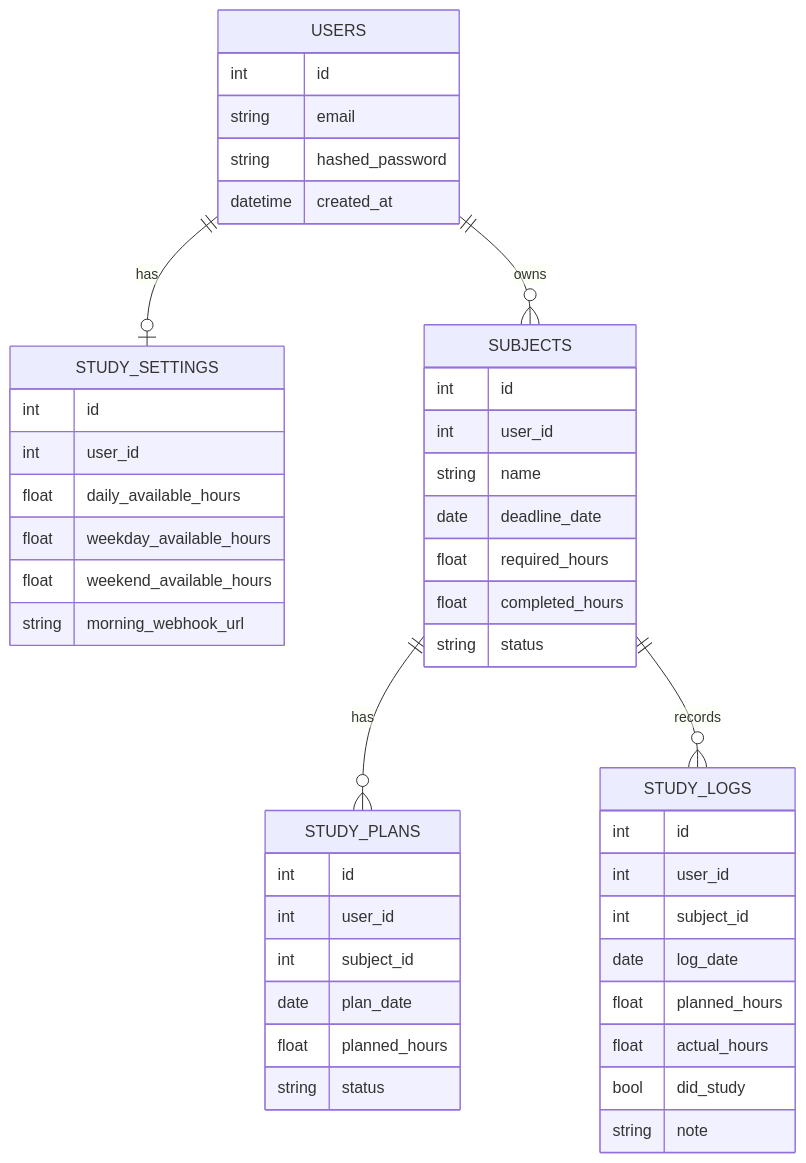
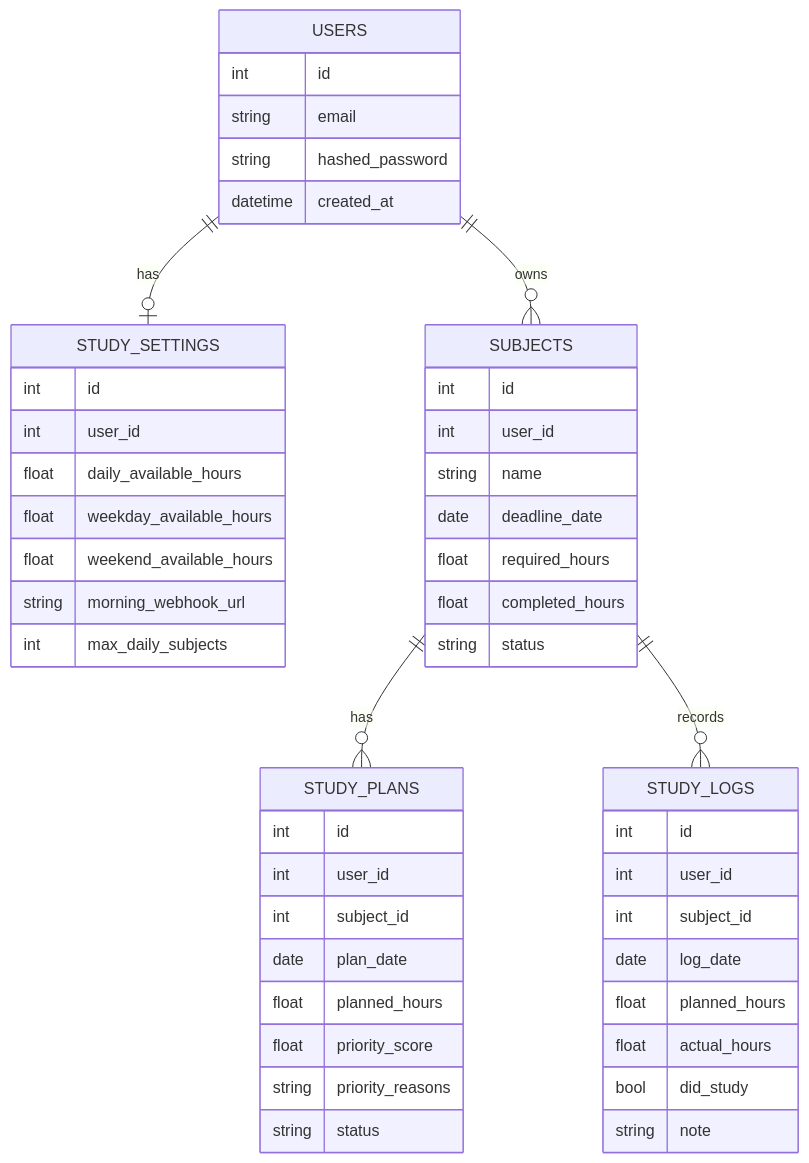
One commit to yuina368/ScheduleSystemAI changed the third of 3 diagrams in README.md. Above: the diagram before and after it, drawn with Mermaid. The commit also changed other lines of this file and 12 other files, not shown here.

Commit message:
Limit daily subjects with priority scoring

````diff
--- a/README.md
+++ b/README.md
@@ -112,53 +116,56 @@
 ```mermaid
 erDiagram
   USERS ||--o| STUDY_SETTINGS : has
   USERS ||--o{ SUBJECTS : owns
   SUBJECTS ||--o{ STUDY_PLANS : has
   SUBJECTS ||--o{ STUDY_LOGS : records
 
   USERS {
     int id
     string email
     string hashed_password
     datetime created_at
   }
 
   STUDY_SETTINGS {
     int id
     int user_id
     float daily_available_hours
     float weekday_available_hours
     float weekend_available_hours
     string morning_webhook_url
+    int max_daily_subjects
   }
 
   SUBJECTS {
     int id
     int user_id
     string name
     date deadline_date
     float required_hours
     float completed_hours
     string status
   }
 
   STUDY_PLANS {
     int id
     int user_id
     int subject_id
     date plan_date
     float planned_hours
+    float priority_score
+    string priority_reasons
     string status
   }
 
   STUDY_LOGS {
     int id
     int user_id
     int subject_id
     date log_date
     float planned_hours
     float actual_hours
     bool did_study
     string note
   }
 ```
````
